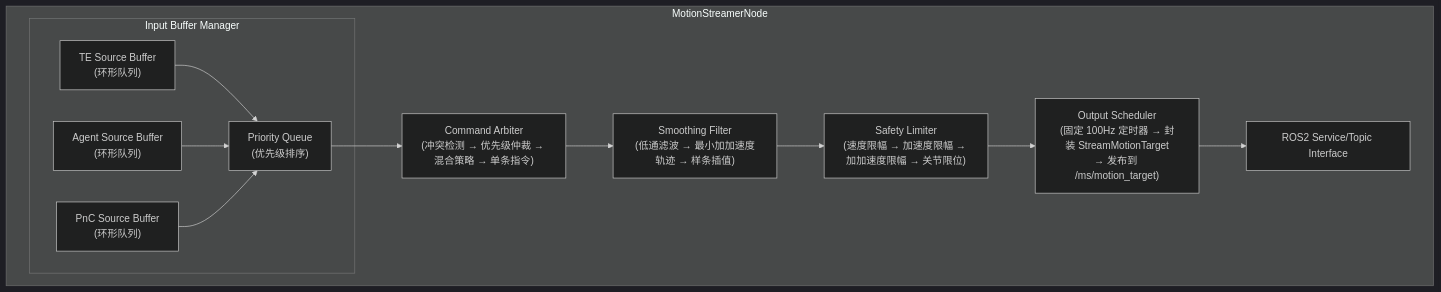
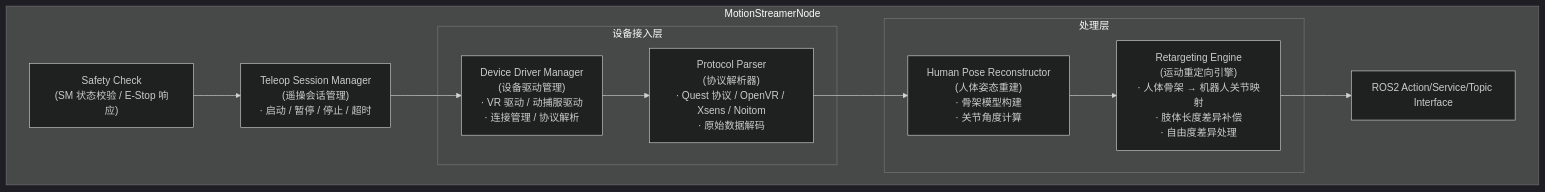
The second of 3 diagrams in design/layer_05_motion/ms_design.md (Tomaxwell/HomoBot), drawn with Mermaid (dark theme) before and after one commit. The commit also changed other lines of this file and 66 other files, not shown here.

````diff
--- a/design/layer_05_motion/ms_design.md
+++ b/design/layer_05_motion/ms_design.md
@@ -256,31 +337,22 @@
 ```mermaid
 flowchart TB
     subgraph MSNode["MotionStreamerNode"]
-        subgraph BufMgr["Input Buffer Manager"]
-            TE_Buf["TE Source Buffer
-(环形队列)"]
-            Agent_Buf["Agent Source Buffer
-(环形队列)"]
-            PnC_Buf["PnC Source Buffer
-(环形队列)"]
-            PQueue["Priority Queue
-(优先级排序)"]
-            TE_Buf --> PQueue
-            Agent_Buf --> PQueue
-            PnC_Buf --> PQueue
+        subgraph DeviceLayer["设备接入层"]
+            DriverMgr["Device Driver Manager\n(设备驱动管理)\n· VR 驱动 / 动捕服驱动\n· 连接管理 / 协议解析"]
+            Protocol["Protocol Parser\n(协议解析器)\n· Quest 协议 / OpenVR / Xsens / Noitom\n· 原始数据解码"]
         end
 
-        Arbiter["Command Arbiter
-(冲突检测 → 优先级仲裁 → 混合策略 → 单条指令)"]
-        Smoother["Smoothing Filter
-(低通滤波 → 最小加加速度轨迹 → 样条插值)"]
-        Limiter["Safety Limiter
-(速度限幅 → 加速度限幅 → 加加速度限幅 → 关节限位)"]
-        Scheduler["Output Scheduler
-(固定 100Hz 定时器 → 封装 StreamMotionTarget
-→ 发布到 /ms/motion_target)"]
-        ROS2IF["ROS2 Service/Topic Interface"]
+        subgraph ProcessingLayer["处理层"]
+            PoseRec["Human Pose Reconstructor\n(人体姿态重建)\n· 骨架模型构建\n· 关节角度计算"]
+            Retarget["Retargeting Engine\n(运动重定向引擎)\n· 人体骨架 → 机器人关节映射\n· 肢体长度差异补偿\n· 自由度差异处理"]
+        end
 
-        PQueue --> Arbiter --> Smoother --> Limiter --> Scheduler --> ROS2IF
+        Session["Teleop Session Manager\n(遥操会话管理)\n· 启动 / 暂停 / 停止 / 超时"]
+        Safety["Safety Check\n(SM 状态校验 / E-Stop 响应)"]
+        ROS2IF["ROS2 Action/Service/Topic Interface"]
+
+        DriverMgr --> Protocol --> PoseRec --> Retarget --> ROS2IF
+        Session --> DriverMgr
+        Safety --> Session
     end
 ```
````
